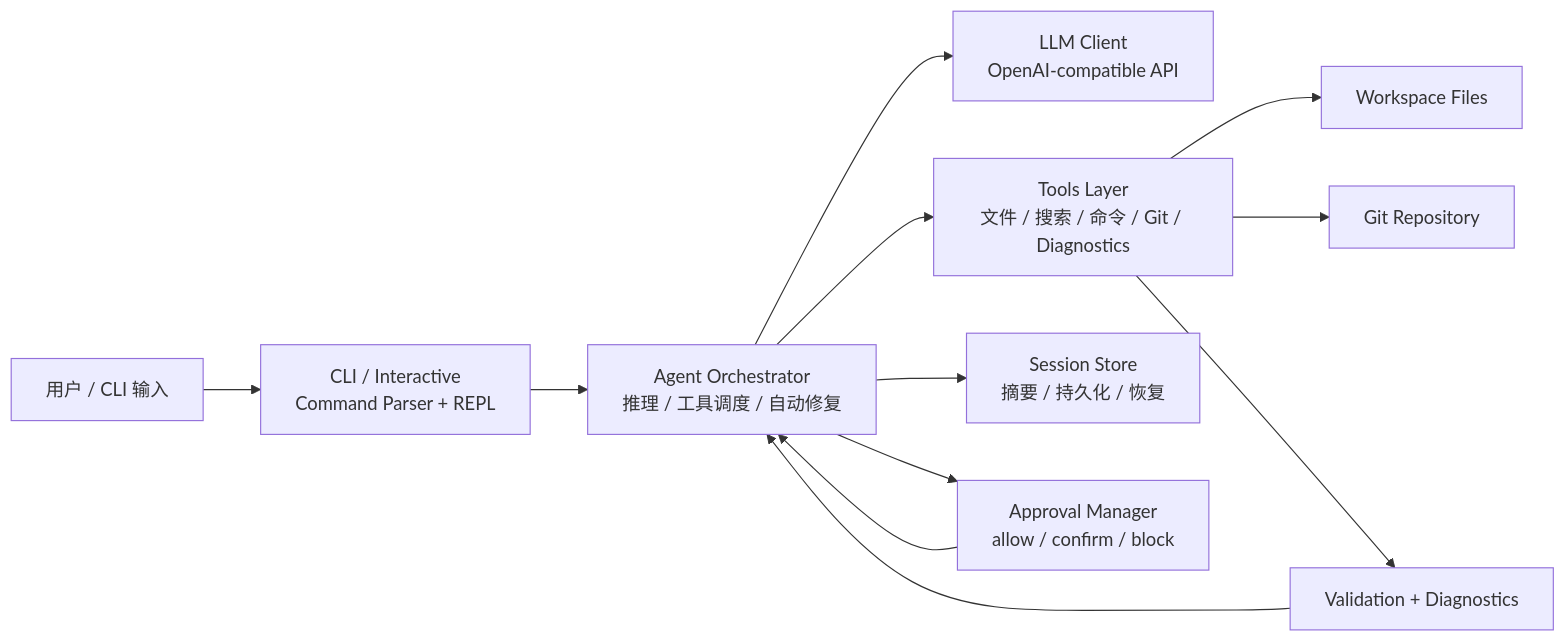
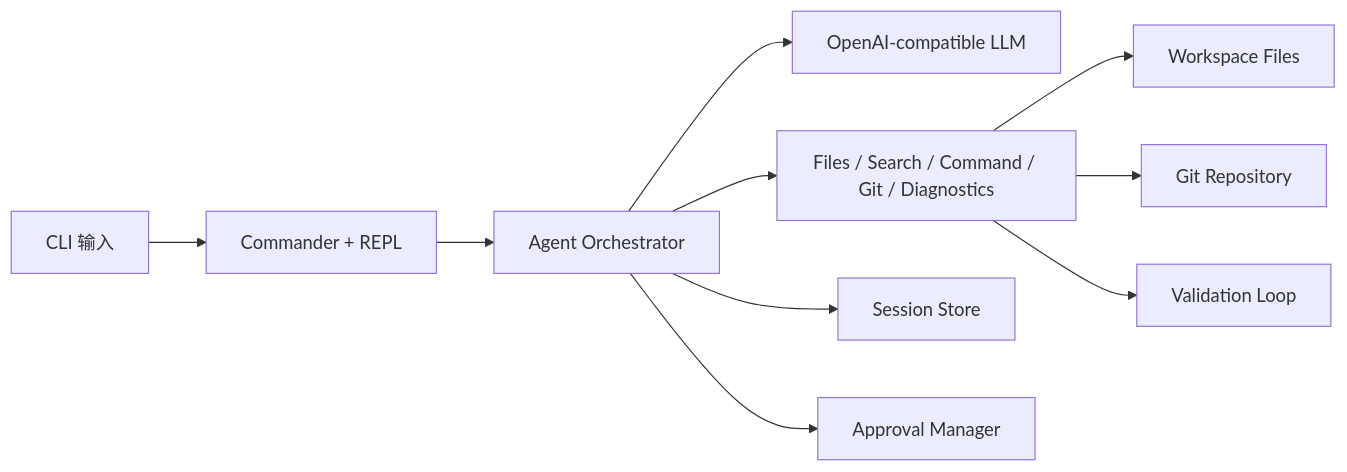
One commit to Tches-git/Mini-Code-Agent changed the diagram in README.md. Above: the diagram before and after it, drawn with Mermaid. The commit also changed other lines of this file, not shown here.

````diff
--- a/README.md
+++ b/README.md
@@ -40,14 +36,12 @@
 ```mermaid
 flowchart LR
-    User[用户 / CLI 输入] --> CLI[CLI / Interactive\nCommand Parser + REPL]
-    CLI --> Orchestrator[Agent Orchestrator\n推理 / 工具调度 / 自动修复]
-    Orchestrator --> LLM[LLM Client\nOpenAI-compatible API]
-    Orchestrator --> Tools[Tools Layer\n文件 / 搜索 / 命令 / Git / Diagnostics]
-    Orchestrator --> Session[Session Store\n摘要 / 持久化 / 恢复]
-    Orchestrator --> Approval[Approval Manager\nallow / confirm / block]
+    User[CLI 输入] --> CLI[Commander + REPL]
+    CLI --> Orchestrator[Agent Orchestrator]
+    Orchestrator --> LLM[OpenAI-compatible LLM]
+    Orchestrator --> Tools[Files / Search / Command / Git / Diagnostics]
+    Orchestrator --> Session[Session Store]
+    Orchestrator --> Approval[Approval Manager]
     Tools --> Workspace[Workspace Files]
     Tools --> GitRepo[Git Repository]
-    Tools --> Validation[Validation + Diagnostics]
-    Validation --> Orchestrator
-    Approval --> Orchestrator
+    Tools --> Validation[Validation Loop]
 ```
````
